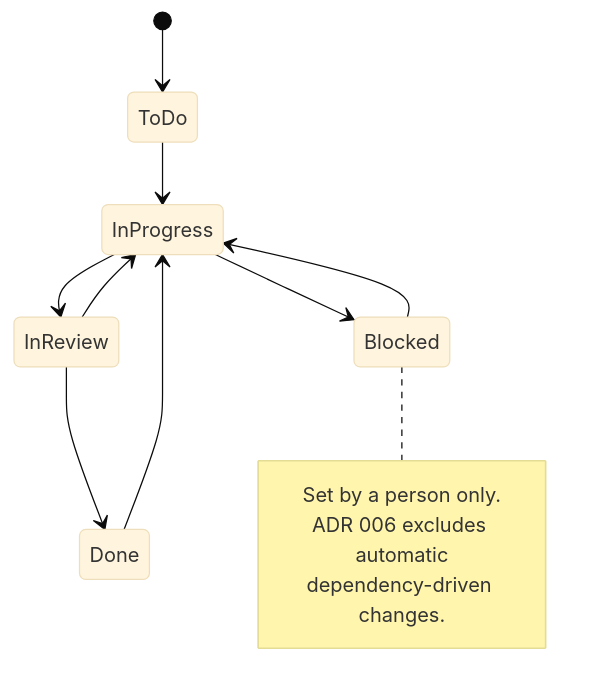
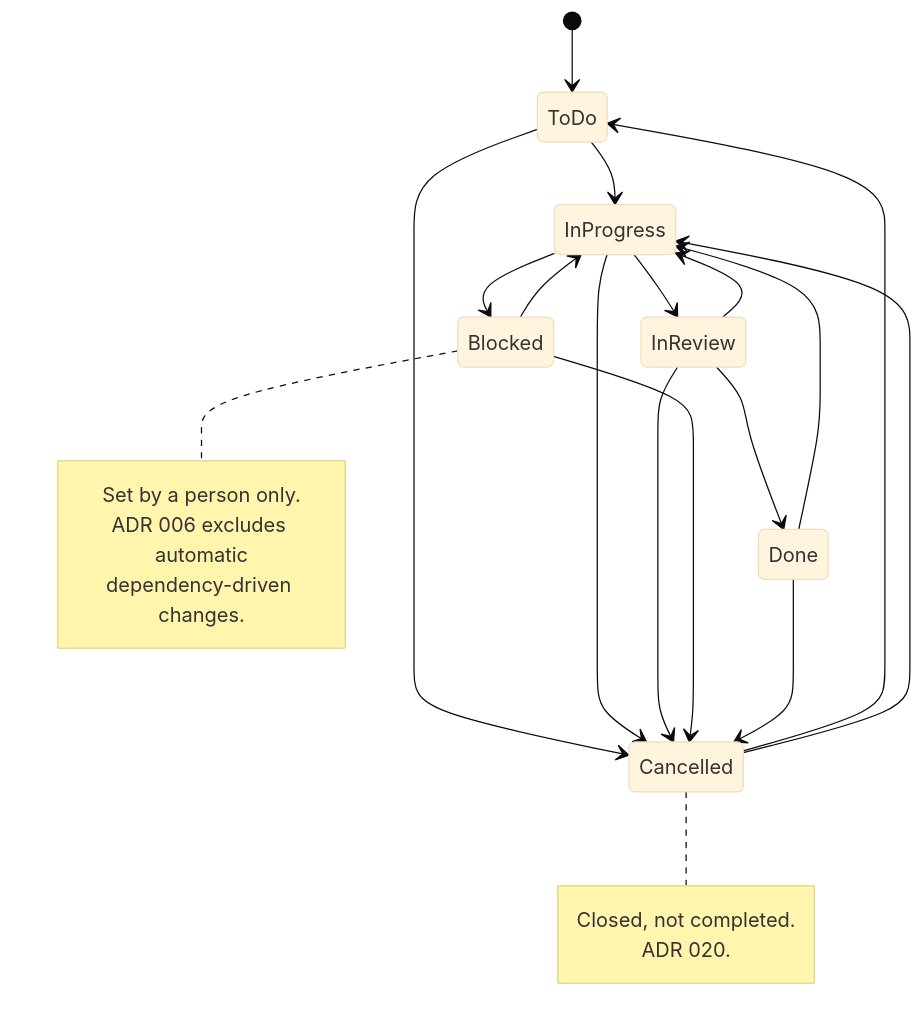
The first of 3 diagrams in docs/adr/ADR-013.md (Mathotics/Keel), drawn with Mermaid (base theme) before and after one commit. The commit also changed other lines of this file and 29 other files, not shown here.

Commit message:
Add Cancelled as a sixth issue status so abandoned work can be closed without calling it Done.

````diff
--- a/docs/adr/ADR-013.md
+++ b/docs/adr/ADR-013.md
@@ -124,16 +127,27 @@
 ```mermaid
 stateDiagram-v2
   [*] --> ToDo
   ToDo --> InProgress
   InProgress --> InReview
   InReview --> Done
   InProgress --> Blocked
   Blocked --> InProgress
   InReview --> InProgress
   Done --> InProgress
+  ToDo --> Cancelled
+  InProgress --> Cancelled
+  InReview --> Cancelled
+  Blocked --> Cancelled
+  Done --> Cancelled
+  Cancelled --> ToDo
+  Cancelled --> InProgress
   note right of Blocked
     Set by a person only.
     ADR 006 excludes automatic
     dependency-driven changes.
   end note
+  note right of Cancelled
+    Closed, not completed.
+    ADR 020.
+  end note
 ```
````
